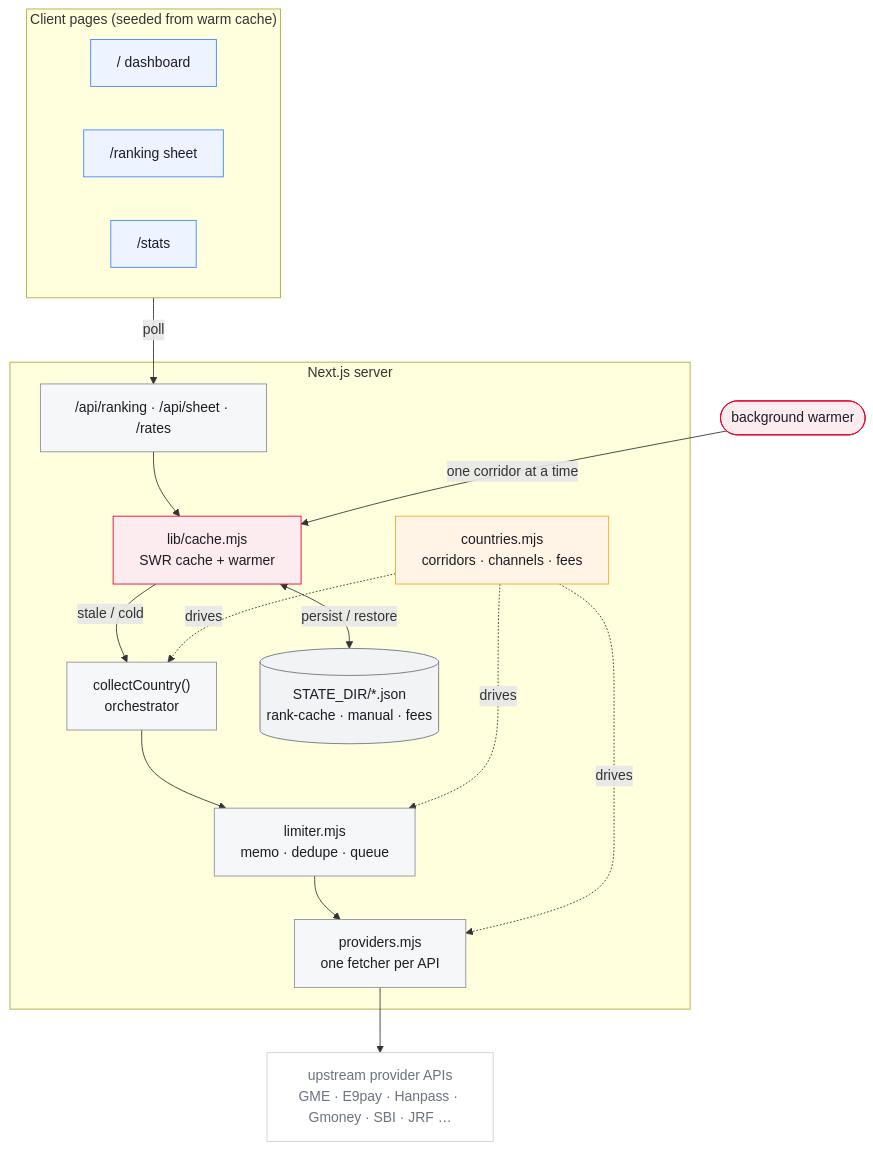
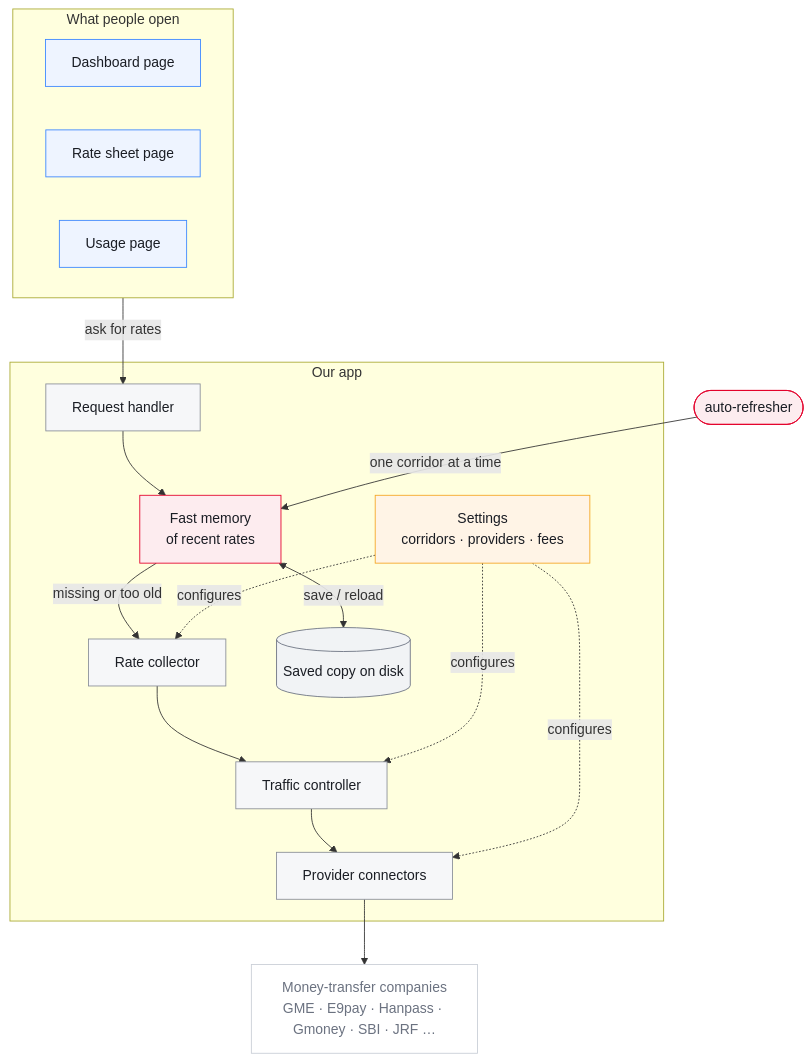
One commit to Navong/rates-scrapper changed the first of 5 diagrams in README.md. Above: the diagram before and after it, drawn with Mermaid. The commit also changed other lines of this file, not shown here.

First line of the commit message:
docs: plain-language diagram labels in README

````diff
--- a/README.md
+++ b/README.md
@@ -14,33 +14,33 @@
 ```mermaid
 flowchart TD
-    subgraph Client["Client pages (seeded from warm cache)"]
-        DASH["/ dashboard"]:::c
-        SHEET["/ranking sheet"]:::c
-        STATS["/stats"]:::c
+    subgraph Client["What people open"]
+        DASH["Dashboard page"]:::c
+        SHEET["Rate sheet page"]:::c
+        STATS["Usage page"]:::c
     end
 
-    subgraph Server["Next.js server"]
-        API["/api/ranking · /api/sheet · /rates"]:::s
-        CACHE["lib/cache.mjs<br/>SWR cache + warmer"]:::hot
-        ORCH["collectCountry()<br/>orchestrator"]:::s
-        LIM["limiter.mjs<br/>memo · dedupe · queue"]:::s
-        PROV["providers.mjs<br/>one fetcher per API"]:::s
-        CFG["countries.mjs<br/>corridors · channels · fees"]:::cfg
-        DISK[("STATE_DIR/*.json<br/>rank-cache · manual · fees")]:::disk
+    subgraph Server["Our app"]
+        API["Request handler"]:::s
+        CACHE["Fast memory<br/>of recent rates"]:::hot
+        ORCH["Rate collector"]:::s
+        LIM["Traffic controller"]:::s
+        PROV["Provider connectors"]:::s
+        CFG["Settings<br/>corridors · providers · fees"]:::cfg
+        DISK[("Saved copy on disk")]:::disk
     end
 
-    UP["upstream provider APIs<br/>GME · E9pay · Hanpass · Gmoney · SBI · JRF …"]:::up
+    UP["Money-transfer companies<br/>GME · E9pay · Hanpass · Gmoney · SBI · JRF …"]:::up
 
-    Client -->|poll| API --> CACHE
-    CACHE -->|stale / cold| ORCH --> LIM --> PROV --> UP
-    CFG -. drives .-> ORCH & PROV & LIM
-    CACHE <-->|persist / restore| DISK
-    WARM([background warmer]):::hot -->|one corridor at a time| CACHE
+    Client -->|ask for rates| API --> CACHE
+    CACHE -->|missing or too old| ORCH --> LIM --> PROV --> UP
+    CFG -. configures .-> ORCH & PROV & LIM
+    CACHE <-->|save / reload| DISK
+    WARM([auto-refresher]):::hot -->|one corridor at a time| CACHE
 
     classDef c fill:#eef4ff,stroke:#3a86ff,color:#1a1d24;
     classDef s fill:#f6f7f9,stroke:#8a8f98,color:#1a1d24;
     classDef cfg fill:#fff4e6,stroke:#f5a623,color:#1a1d24;
     classDef hot fill:#fdecef,stroke:#e4002b,color:#1a1d24;
     classDef disk fill:#f1f3f5,stroke:#6b7280,color:#1a1d24;
     classDef up fill:#ffffff,stroke:#c9ced6,color:#6b7280;
 ```
````
